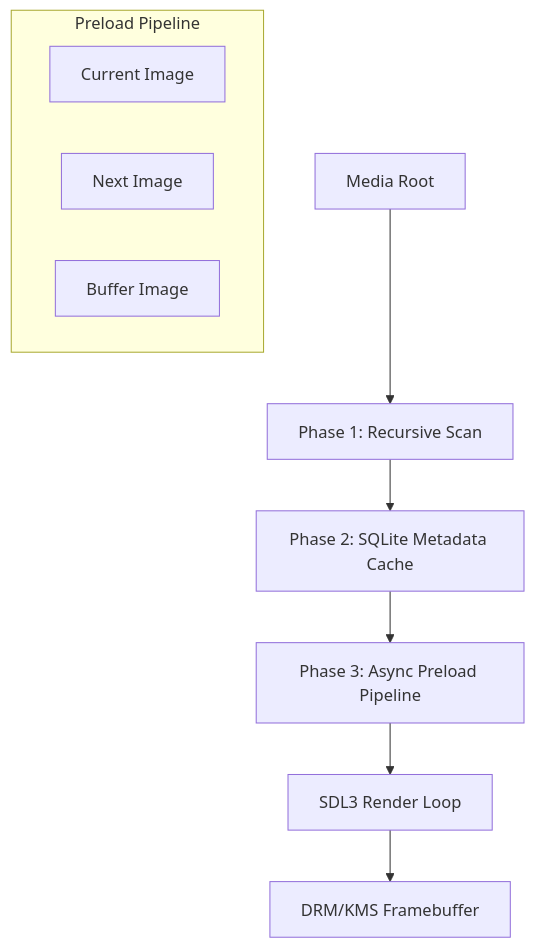
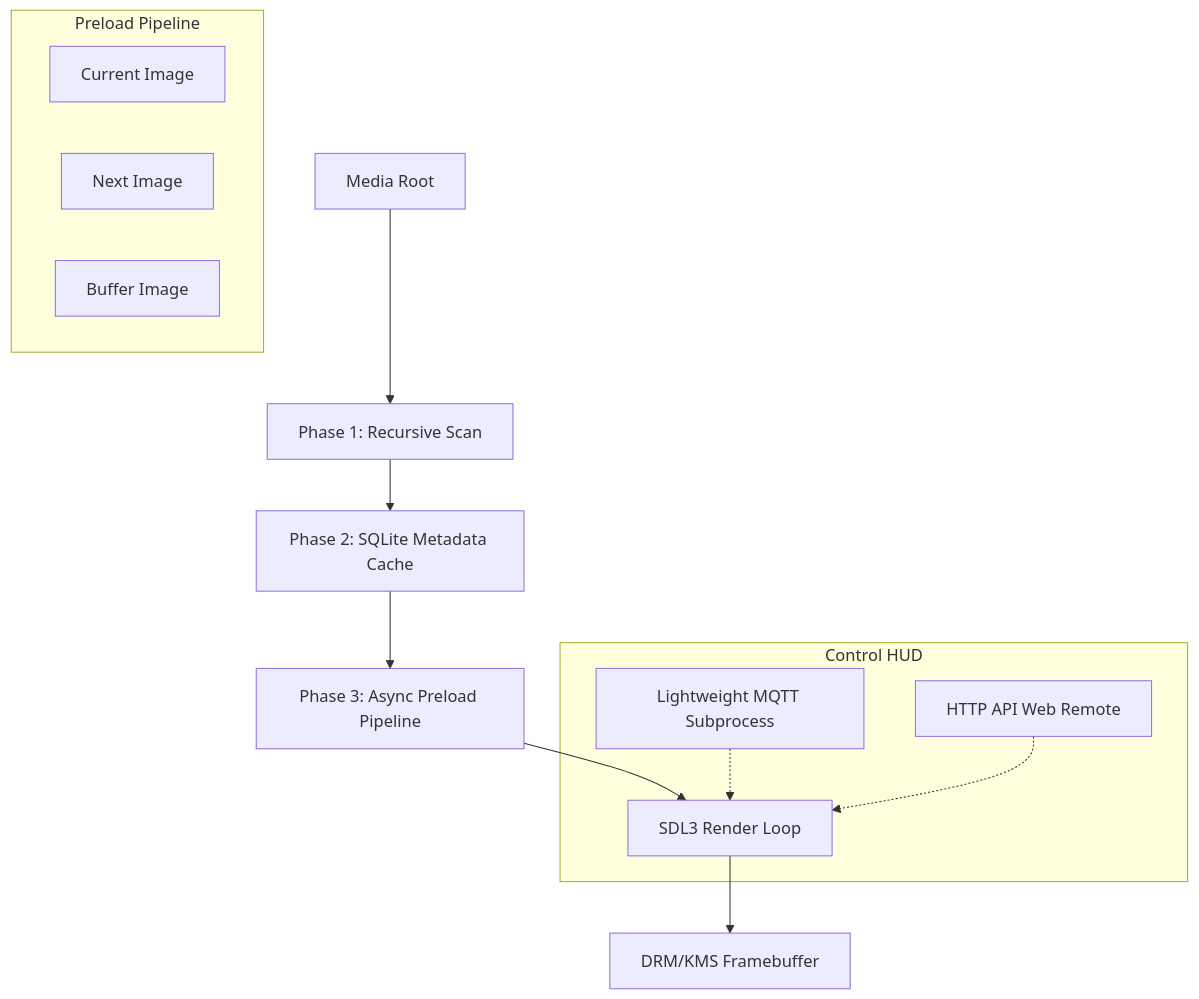
The diagram in README.md (UnDadFeated/piTrove), drawn with Mermaid before and after one commit. The commit also changed other lines of this file, not shown here.

Commit message:
Update README.md with newly integrated v11.1.0 features and technical architecture details

````diff
--- a/README.md
+++ b/README.md
@@ -79,14 +89,19 @@
 ```mermaid
 graph TD
     A[Media Root] --> B[Phase 1: Recursive Scan]
     B --> C[Phase 2: SQLite Metadata Cache]
     C --> D[Phase 3: Async Preload Pipeline]
     D --> E[SDL3 Render Loop]
     E --> F[DRM/KMS Framebuffer]
     
     subgraph "Preload Pipeline"
     D1[Current Image]
     D2[Next Image]
     D3[Buffer Image]
     end
+    
+    subgraph "Control HUD"
+    H1[Lightweight MQTT Subprocess] -.-> E
+    H2[HTTP API Web Remote] -.-> E
+    end
 ```
````
